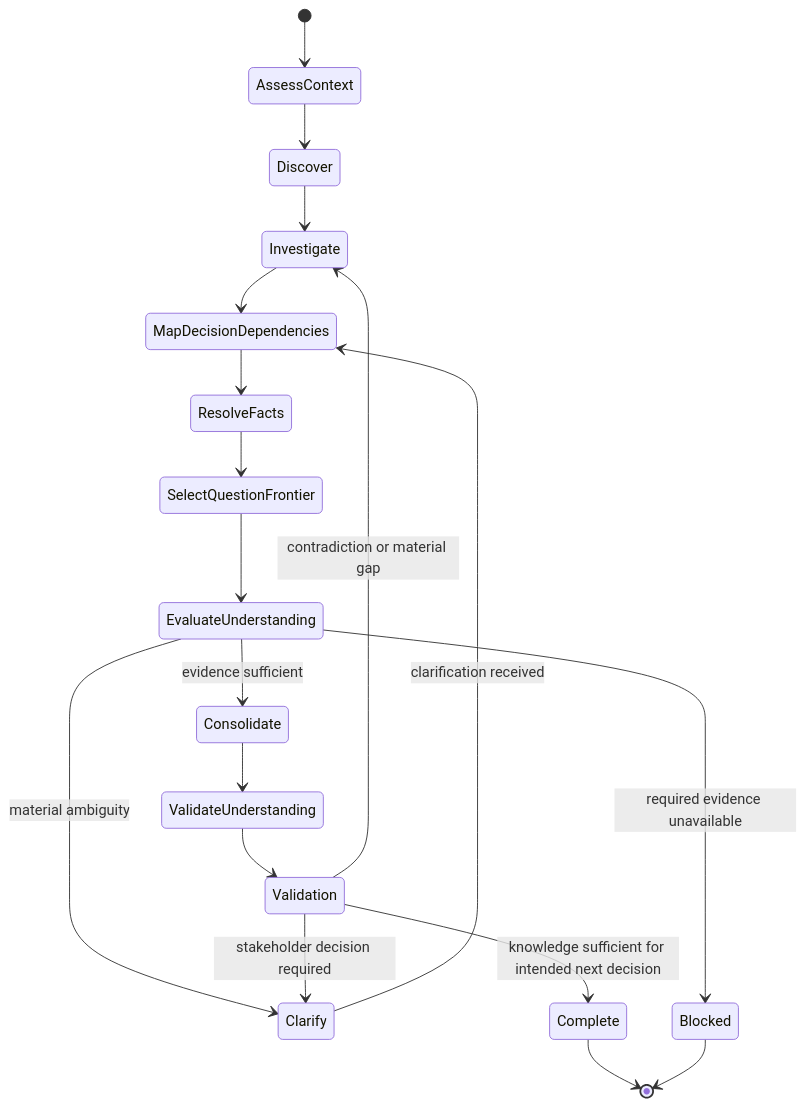
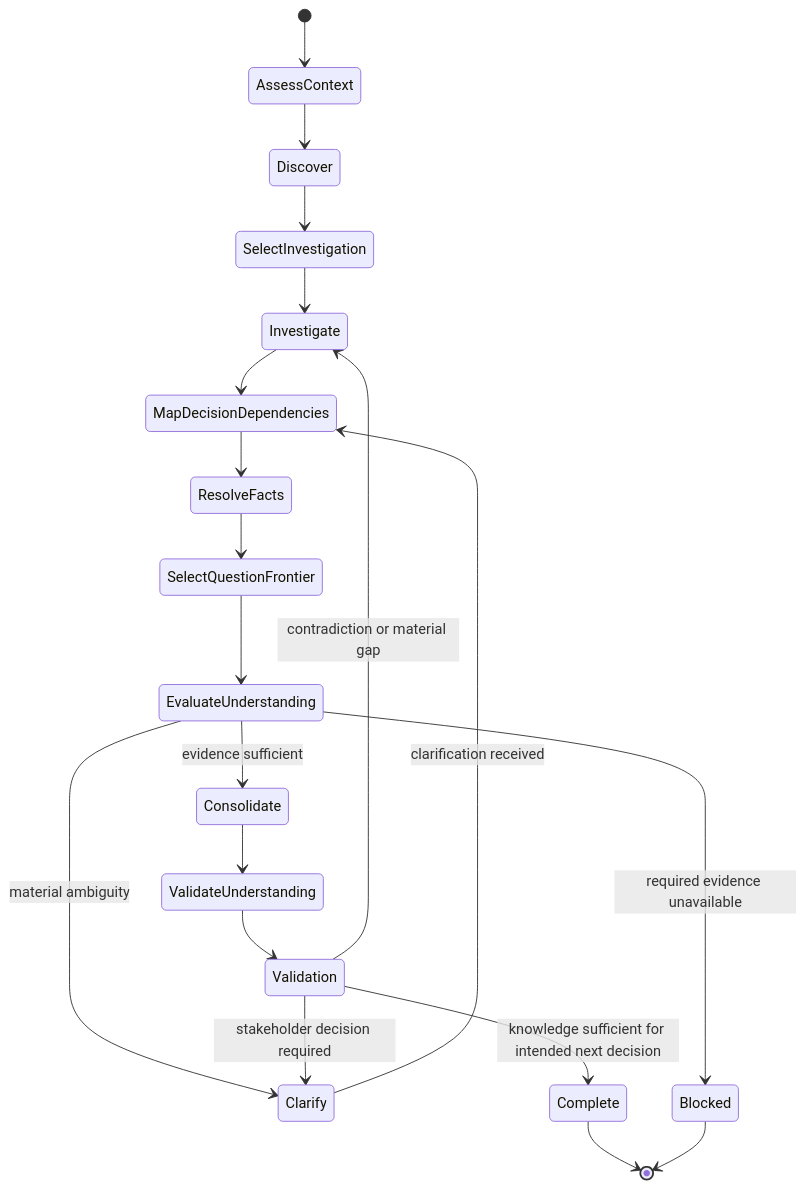
One commit to JadsonLucena/agent-toolkit changed the diagram in contexts/requirements/skills/elicitation/SKILL.md. Above: the diagram before and after it, drawn with Mermaid. The commit also changed other lines of this file and 6 other files, not shown here.

Commit message:
feat(requirements): select investigation techniques by decision uncertainty

````diff
--- a/contexts/requirements/skills/elicitation/SKILL.md
+++ b/contexts/requirements/skills/elicitation/SKILL.md
@@ -20,27 +20,28 @@
 ```mermaid
 stateDiagram-v2
     [*] --> AssessContext
     AssessContext --> Discover
-    Discover --> Investigate
+    Discover --> SelectInvestigation
+    SelectInvestigation --> Investigate
     Investigate --> MapDecisionDependencies
     MapDecisionDependencies --> ResolveFacts
     ResolveFacts --> SelectQuestionFrontier
     SelectQuestionFrontier --> EvaluateUnderstanding
 
     state EvaluateUnderstanding <<choice>>
     EvaluateUnderstanding --> Clarify: material ambiguity
     EvaluateUnderstanding --> Consolidate: evidence sufficient
     EvaluateUnderstanding --> Blocked: required evidence unavailable
 
     Clarify --> MapDecisionDependencies: clarification received
     Consolidate --> ValidateUnderstanding
     ValidateUnderstanding --> Validation
 
     state Validation <<choice>>
     Validation --> Complete: knowledge sufficient for intended next decision
     Validation --> Investigate: contradiction or material gap
     Validation --> Clarify: stakeholder decision required
 
     Complete --> [*]
     Blocked --> [*]
 ```
````
